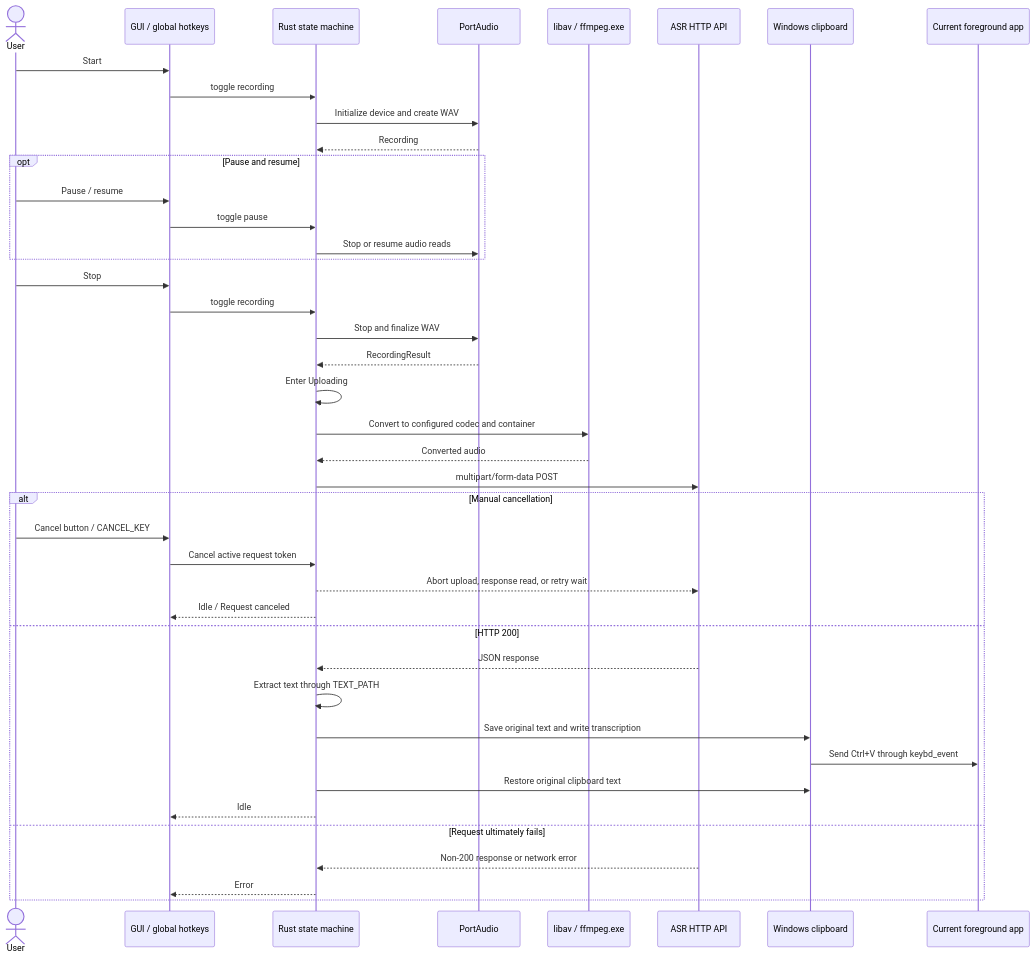
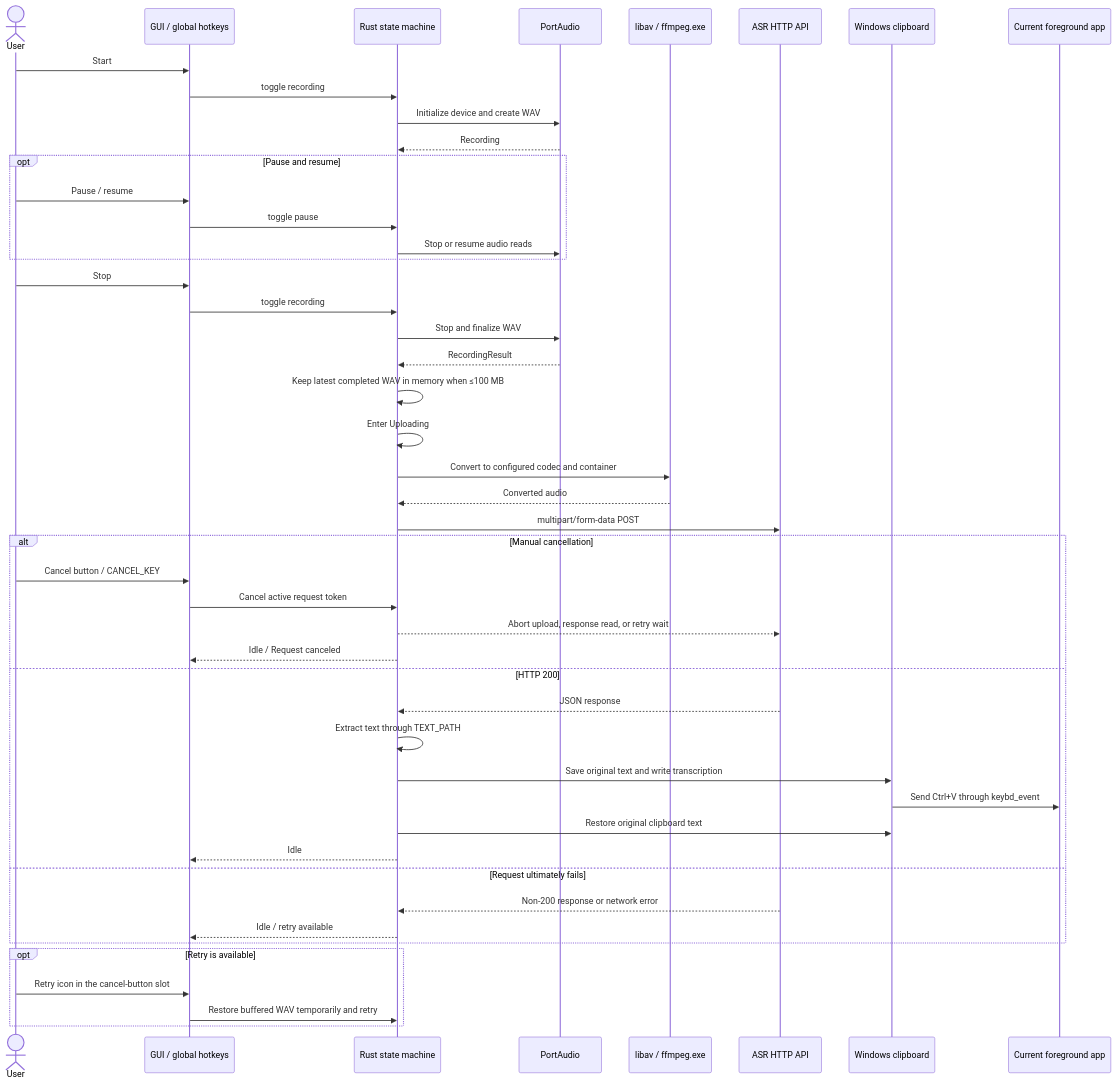
The second of 3 diagrams in README.md (Joey-Kot/STT-for-Windows), drawn with Mermaid before and after one commit. The commit also changed other lines of this file and 5 other files, not shown here.

````diff
--- a/README.md
+++ b/README.md
@@ -94,48 +99,54 @@
 ```mermaid
 sequenceDiagram
     actor User
     participant Control as GUI / global hotkeys
     participant Runtime as Rust state machine
     participant Recorder as PortAudio
     participant Converter as libav / ffmpeg.exe
     participant ASR as ASR HTTP API
     participant Clipboard as Windows clipboard
     participant App as Current foreground app
 
     User->>Control: Start
     Control->>Runtime: toggle recording
     Runtime->>Recorder: Initialize device and create WAV
     Recorder-->>Runtime: Recording
 
     opt Pause and resume
         User->>Control: Pause / resume
         Control->>Runtime: toggle pause
         Runtime->>Recorder: Stop or resume audio reads
     end
 
     User->>Control: Stop
     Control->>Runtime: toggle recording
     Runtime->>Recorder: Stop and finalize WAV
     Recorder-->>Runtime: RecordingResult
+    Runtime->>Runtime: Keep latest completed WAV in memory when ≤100 MB
     Runtime->>Runtime: Enter Uploading
     Runtime->>Converter: Convert to configured codec and container
     Converter-->>Runtime: Converted audio
     Runtime->>ASR: multipart/form-data POST
 
     alt Manual cancellation
         User->>Control: Cancel button / CANCEL_KEY
         Control->>Runtime: Cancel active request token
         Runtime-->>ASR: Abort upload, response read, or retry wait
         Runtime-->>Control: Idle / Request canceled
     else HTTP 200
         ASR-->>Runtime: JSON response
         Runtime->>Runtime: Extract text through TEXT_PATH
         Runtime->>Clipboard: Save original text and write transcription
         Clipboard->>App: Send Ctrl+V through keybd_event
         Runtime->>Clipboard: Restore original clipboard text
         Runtime-->>Control: Idle
     else Request ultimately fails
         ASR-->>Runtime: Non-200 response or network error
-        Runtime-->>Control: Error
+        Runtime-->>Control: Idle / retry available
+    end
+
+    opt Retry is available
+        User->>Control: Retry icon in the cancel-button slot
+        Control->>Runtime: Restore buffered WAV temporarily and retry
     end
 ```
````
